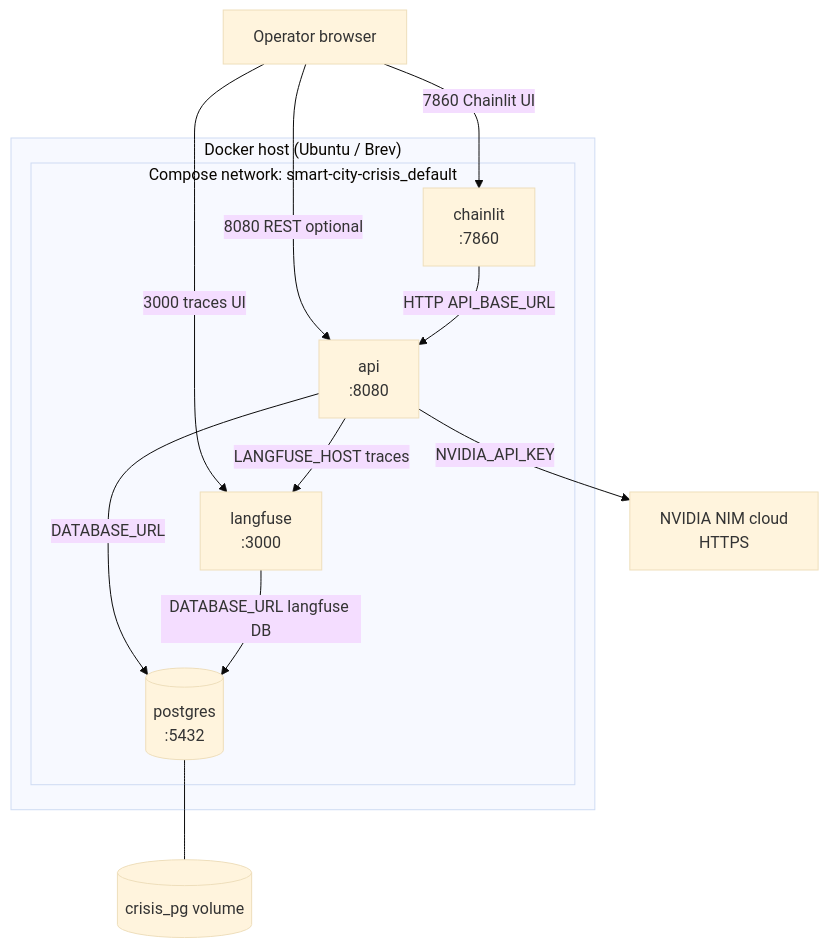
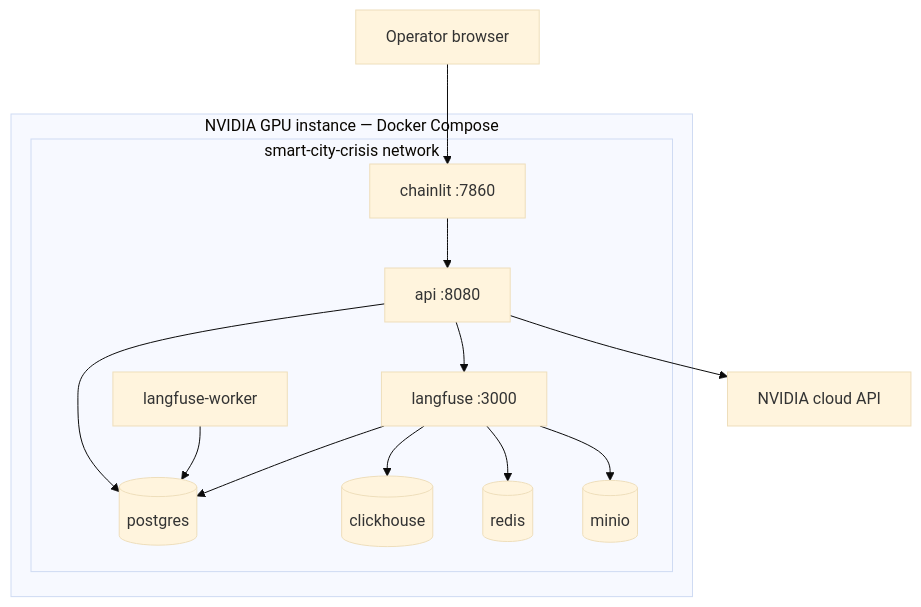
One commit to Java4all/hkteam changed the third of 4 diagrams in docs/TECHNICAL_DESIGN.md. Above: the diagram before and after it, drawn with Mermaid (base theme). The commit also changed other lines of this file and 37 other files, not shown here.

````diff
--- a/docs/TECHNICAL_DESIGN.md
+++ b/docs/TECHNICAL_DESIGN.md
@@ -749,27 +761,24 @@
 ```mermaid
 flowchart TB
-  subgraph host["Docker host (Ubuntu / Brev)"]
-    subgraph net["Compose network: smart-city-crisis_default"]
-      PG[(postgres<br/>:5432)]
-      LF[langfuse<br/>:3000]
-      API[api<br/>:8080]
-      CL[chainlit<br/>:7860]
+  subgraph host["NVIDIA GPU instance — Docker Compose"]
+    subgraph net["smart-city-crisis network"]
+      PG[(postgres)]
+      LF[langfuse :3000]
+      LFW[langfuse-worker]
+      CH[(clickhouse)]
+      RD[(redis)]
+      MN[(minio)]
+      API[api :8080]
+      CL[chainlit :7860]
     end
   end
-
   OP[Operator browser]
-  NIM[NVIDIA NIM cloud<br/>HTTPS]
-
-  OP -->|7860 Chainlit UI| CL
-  OP -->|8080 REST optional| API
-  OP -->|3000 traces UI| LF
-
-  CL -->|HTTP API_BASE_URL| API
-  API -->|DATABASE_URL| PG
-  API -->|LANGFUSE_HOST traces| LF
-  LF -->|DATABASE_URL langfuse DB| PG
-  API -->|NVIDIA_API_KEY| NIM
-
-  VOL[(crisis_pg volume)]
-  PG --- VOL
+  NIM[NVIDIA cloud API]
+  OP --> CL
+  CL --> API
+  API --> PG
+  API --> LF
+  LF --> PG & CH & RD & MN
+  LFW --> PG
+  API --> NIM
 ```
````
